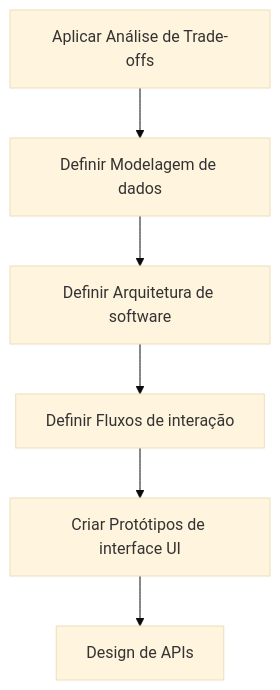
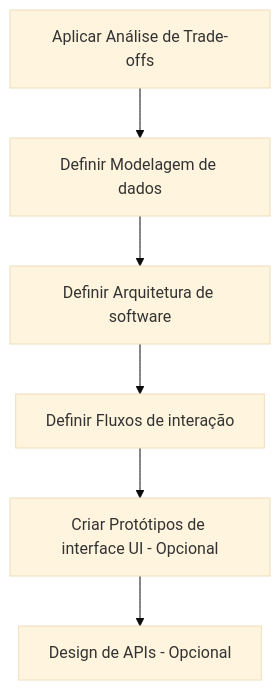
The diagram in docs/process/2-development/a-design/protocolo.md (yanjustino/protocolo-es-ai), drawn with Mermaid (base theme) before and after one commit. The commit also changed 1 other file, not shown here.

Commit message:
enhance protocol documents by adding optional labels to UI prototyping and API design steps, and introduce new flowchart connections for skipping benchmarking and scripting

`````diff
--- a/docs/process/2-development/a-design/protocolo.md
+++ b/docs/process/2-development/a-design/protocolo.md
@@ -20,15 +20,15 @@
 ````mermaid
 flowchart TD
     A[Aplicar Análise de Trade-offs]
     B[Definir Modelagem de dados]
     C[Definir Arquitetura de software]
     D[Definir Fluxos de interação]
-    E[Criar Protótipos de interface UI]
-    F[Design de APIs]
+    E[Criar Protótipos de interface UI - Opcional]
+    F[Design de APIs - Opcional]
 
     A --> B
     B --> C
     C --> D
     D --> E
     E --> F
 ````
`````
